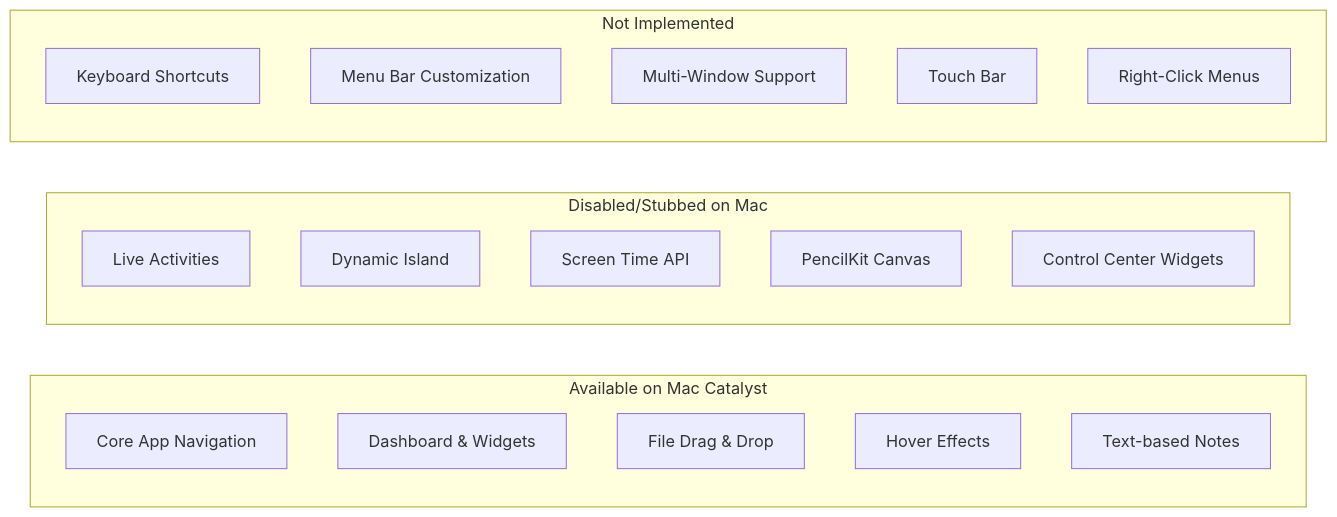
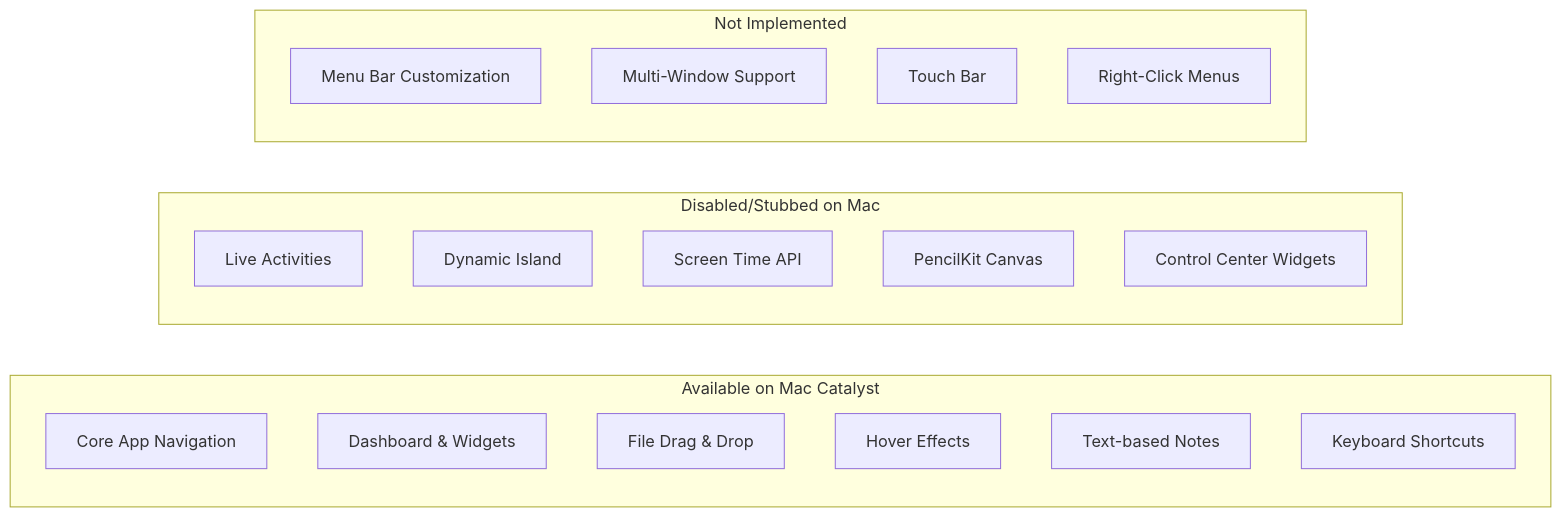
Diagram 21 of 35 in docs/engineering/technical/ios/sot-ios-app-state-of-things.mdx (DormWay/mintlify-docs), drawn with Mermaid before and after one commit. The commit also changed other lines of this file and 38 other files, not shown here.

````diff
--- a/docs/engineering/technical/ios/sot-ios-app-state-of-things.mdx
+++ b/docs/engineering/technical/ios/sot-ios-app-state-of-things.mdx
@@ -821,26 +830,26 @@
 ```mermaid
 flowchart LR
     subgraph Available ["Available on Mac Catalyst"]
         A1[Core App Navigation]
         A2[Dashboard & Widgets]
         A3[File Drag & Drop]
         A4[Hover Effects]
         A5[Text-based Notes]
+        A6[Keyboard Shortcuts]
     end
 
     subgraph Disabled ["Disabled/Stubbed on Mac"]
         D1[Live Activities]
         D2[Dynamic Island]
         D3[Screen Time API]
         D4[PencilKit Canvas]
         D5[Control Center Widgets]
     end
 
     subgraph NotImplemented ["Not Implemented"]
-        N1[Keyboard Shortcuts]
-        N2[Menu Bar Customization]
-        N3[Multi-Window Support]
-        N4[Touch Bar]
-        N5[Right-Click Menus]
+        N1[Menu Bar Customization]
+        N2[Multi-Window Support]
+        N3[Touch Bar]
+        N4[Right-Click Menus]
     end
 ```
````
